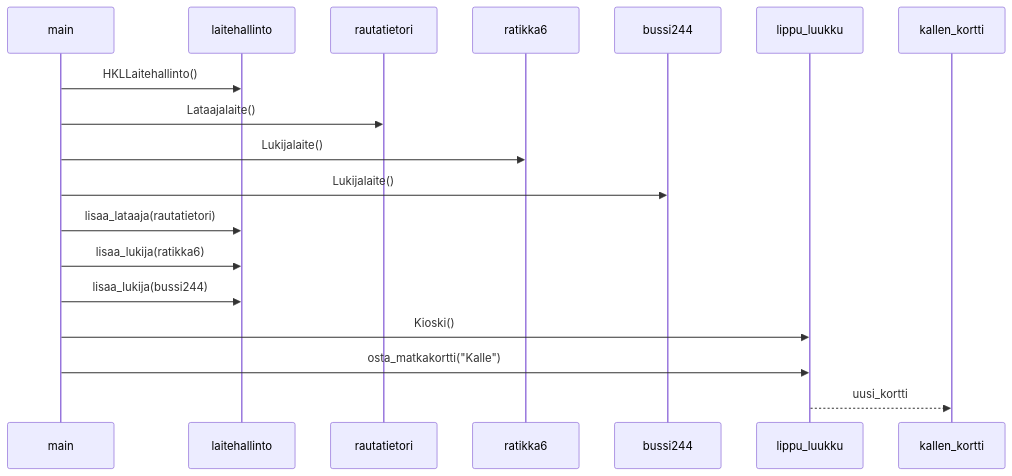
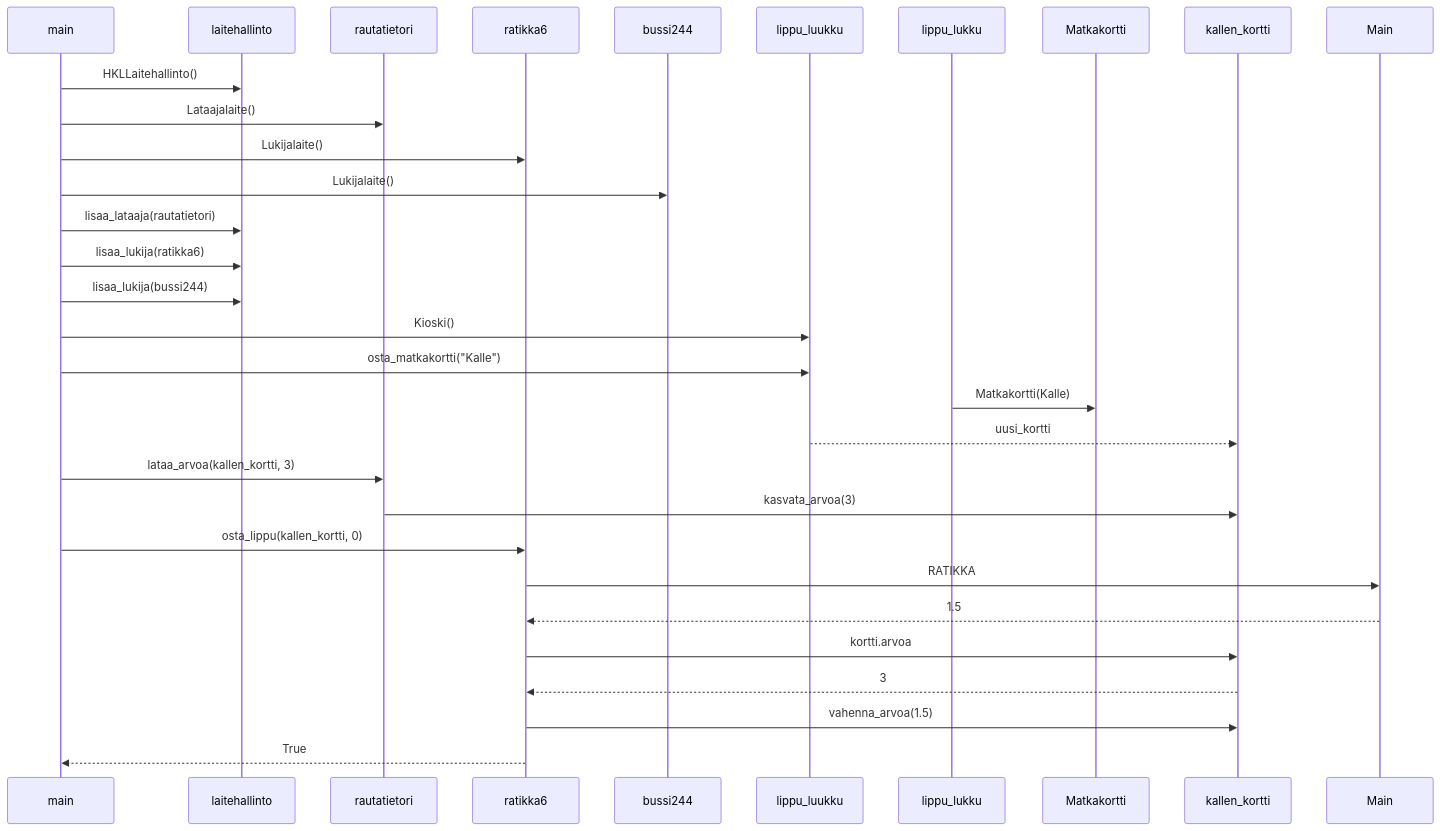
One commit to lenbie/Expense-Tracker-Project changed the diagram in laskarit/viikko3/task4.md. Above: the diagram before and after it, drawn with Mermaid.

````diff
--- a/laskarit/viikko3/task4.md
+++ b/laskarit/viikko3/task4.md
@@ -1,14 +1,26 @@
 ```mermaid
   sequenceDiagram
   main->>laitehallinto: HKLLaitehallinto()
   main->>rautatietori: Lataajalaite()
   main->>ratikka6: Lukijalaite()
   main->>bussi244: Lukijalaite()
   main->>laitehallinto: lisaa_lataaja(rautatietori)
   main->>laitehallinto: lisaa_lukija(ratikka6)
   main->>laitehallinto: lisaa_lukija(bussi244)
   main->>lippu_luukku: Kioski()
   main->>lippu_luukku: osta_matkakortti("Kalle")
+  lippu_lukku->>Matkakortti: Matkakortti(Kalle)
   lippu_luukku-->>kallen_kortti: uusi_kortti
+  main->>rautatietori: lataa_arvoa(kallen_kortti, 3)
+  rautatietori->>kallen_kortti: kasvata_arvoa(3)
+  main->>ratikka6: osta_lippu(kallen_kortti, 0)
+  ratikka6->>Main: RATIKKA
+  Main-->>ratikka6: 1.5
+  ratikka6->>kallen_kortti: kortti.arvoa
+  kallen_kortti-->>ratikka6: 3
+  ratikka6->>kallen_kortti: vahenna_arvoa(1.5)
+  ratikka6-->>main: True
+  
+  
   
 ```
````
